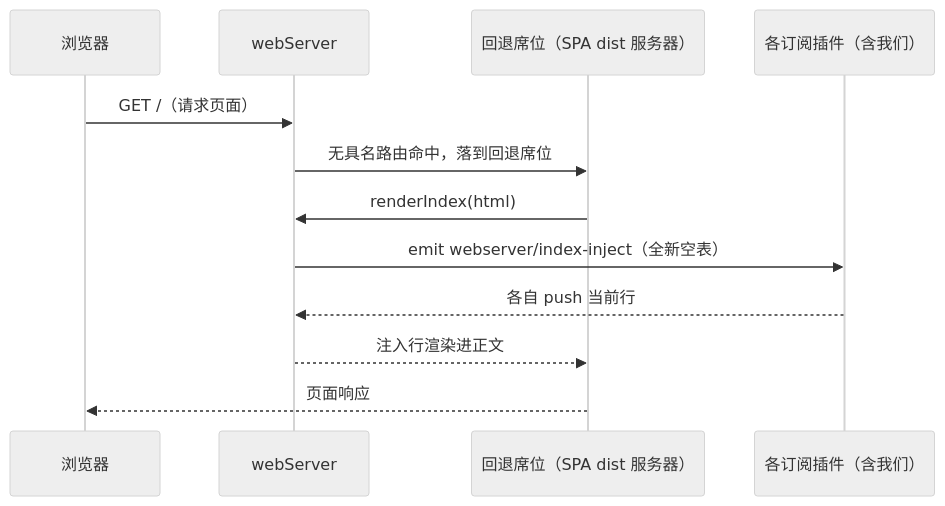
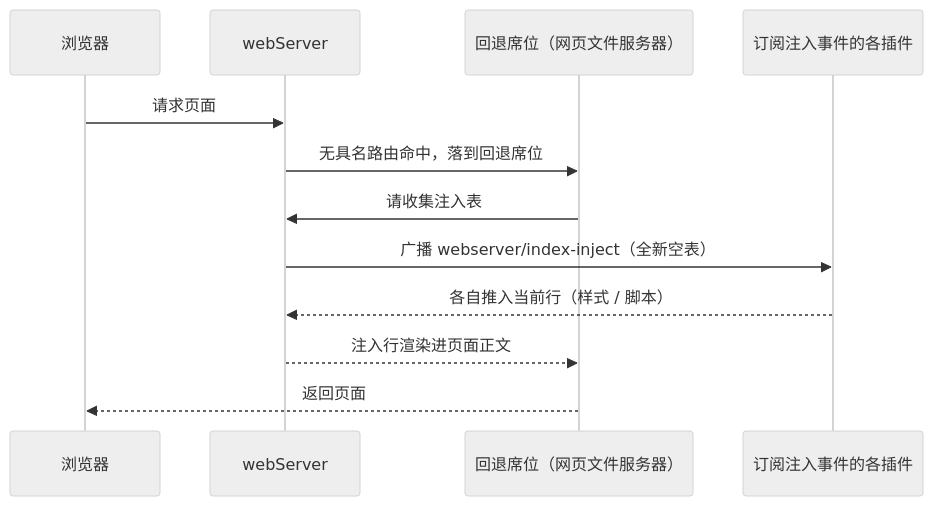
The second of 4 diagrams in dsh 插件开发学习/04-注册 HTTP 路由与注入页面样式.md (anthonyzhao-4926/blog), drawn with Mermaid (neutral theme) before and after one commit. The commit also changed other lines of this file and 38 other files, not shown here.

````diff
--- a/dsh 插件开发学习/04-注册 HTTP 路由与注入页面样式.md
+++ b/dsh 插件开发学习/04-注册 HTTP 路由与注入页面样式.md
@@ -52,14 +48,14 @@
 ```mermaid
 sequenceDiagram
     participant B as 浏览器
     participant W as webServer
-    participant F as 回退席位（SPA dist 服务器）
-    participant P as 各订阅插件（含我们）
-    B->>W: GET /（请求页面）
+    participant F as 回退席位（网页文件服务器）
+    participant P as 订阅注入事件的各插件
+    B->>W: 请求页面
     W->>F: 无具名路由命中，落到回退席位
-    F->>W: renderIndex(html)
-    W->>P: emit webserver/index-inject（全新空表）
-    P-->>W: 各自 push 当前行
-    W-->>F: 注入行渲染进正文
-    F-->>B: 页面响应
+    F->>W: 请收集注入表
+    W->>P: 广播 webserver/index-inject（全新空表）
+    P-->>W: 各自推入当前行（样式 / 脚本）
+    W-->>F: 注入行渲染进页面正文
+    F-->>B: 返回页面
 ```
````
